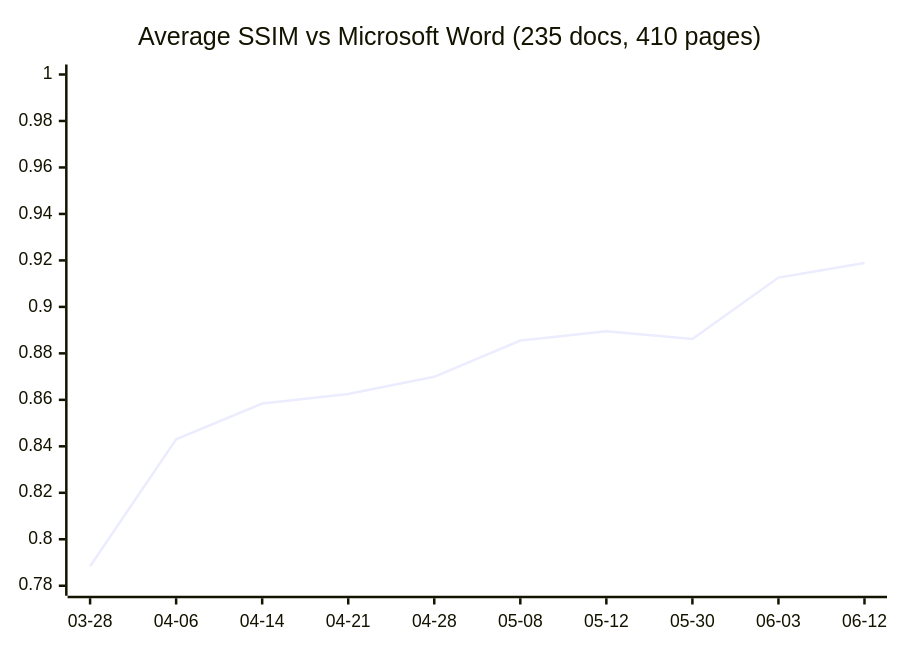
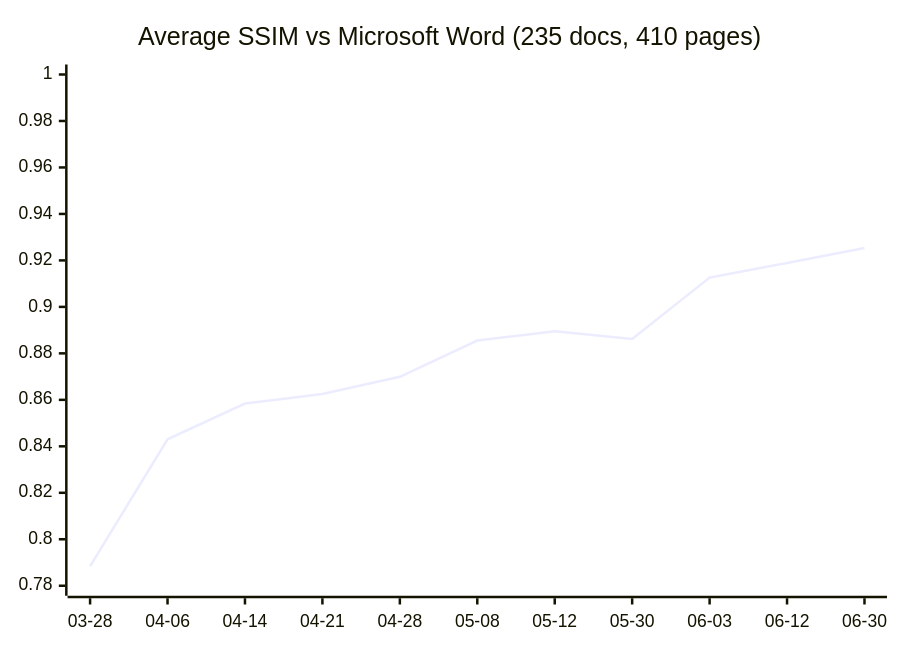
Before and after one commit to Ryujiyasu/oxi: the diagram in README.md, drawn with Mermaid. The commit also changed other lines of this file, not shown here.

````diff
--- a/README.md
+++ b/README.md
@@ -213,7 +214,7 @@
 ```mermaid
 xychart-beta
   title "Average SSIM vs Microsoft Word (235 docs, 410 pages)"
-  x-axis ["03-28", "04-06", "04-14", "04-21", "04-28", "05-08", "05-12", "05-30", "06-03", "06-12"]
+  x-axis ["03-28", "04-06", "04-14", "04-21", "04-28", "05-08", "05-12", "05-30", "06-03", "06-12", "06-30"]
   y-axis 0.78 --> 1.0
-  line [0.7884, 0.8430, 0.8584, 0.8625, 0.8699, 0.8855, 0.8895, 0.8862, 0.9126, 0.9189]
+  line [0.7884, 0.8430, 0.8584, 0.8625, 0.8699, 0.8855, 0.8895, 0.8862, 0.9126, 0.9189, 0.9253]
 ```
````
